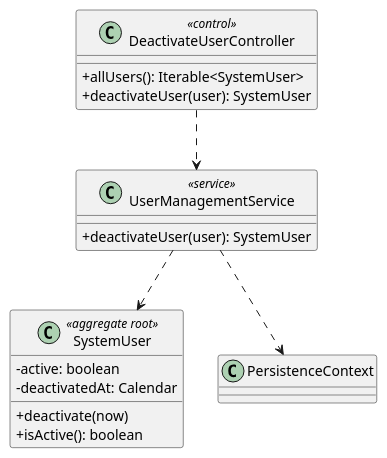
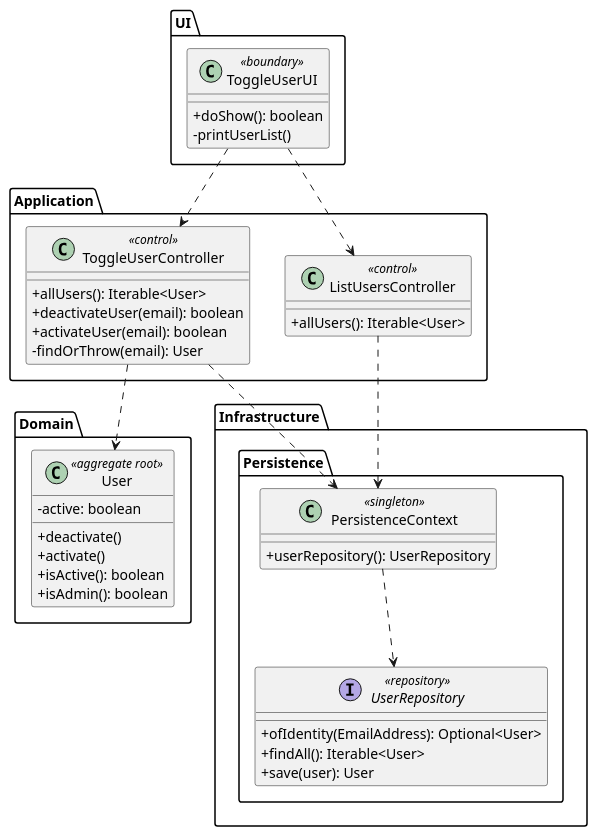
One commit to DuartePinto1240/sem4pi2526-sem4pi2526_2da2 changed the diagram in docs/Sprint 2/EAPLI/US032/puml/US032-class-diagram.puml. Above: the diagram before and after it, drawn with PlantUML. The commit also changed 16 other files, not shown here.

```diff
--- a/docs/Sprint 2/EAPLI/US032/puml/US032-class-diagram.puml
+++ b/docs/Sprint 2/EAPLI/US032/puml/US032-class-diagram.puml
@@ -1,21 +1,50 @@
 @startuml
 skinparam classAttributeIconSize 0
 
-class DeactivateUserController <<control>> {
-  +allUsers(): Iterable<SystemUser>
-  +deactivateUser(user): SystemUser
-}
-class UserManagementService <<service>> {
-  +deactivateUser(user): SystemUser
-}
-class SystemUser <<aggregate root>> {
-  -active: boolean
-  -deactivatedAt: Calendar
-  +deactivate(now)
-  +isActive(): boolean
+package "UI" {
+  class ToggleUserUI <<boundary>> {
+    +doShow(): boolean
+    -printUserList()
+  }
 }
 
-DeactivateUserController ..> UserManagementService
-UserManagementService ..> SystemUser
-UserManagementService ..> PersistenceContext
+package "Application" {
+  class ToggleUserController <<control>> {
+    +allUsers(): Iterable<User>
+    +deactivateUser(email): boolean
+    +activateUser(email): boolean
+    -findOrThrow(email): User
+  }
+  class ListUsersController <<control>> {
+    +allUsers(): Iterable<User>
+  }
+}
+
+package "Domain" {
+  class User <<aggregate root>> {
+    -active: boolean
+    +deactivate()
+    +activate()
+    +isActive(): boolean
+    +isAdmin(): boolean
+  }
+}
+
+package "Infrastructure.Persistence" {
+  class PersistenceContext <<singleton>> {
+    +userRepository(): UserRepository
+  }
+  interface UserRepository <<repository>> {
+    +ofIdentity(EmailAddress): Optional<User>
+    +findAll(): Iterable<User>
+    +save(user): User
+  }
+}
+
+ToggleUserUI ..> ToggleUserController
+ToggleUserUI ..> ListUsersController
+ToggleUserController ..> PersistenceContext
+ToggleUserController ..> User
+ListUsersController ..> PersistenceContext
+PersistenceContext ..> UserRepository
 @enduml
```
